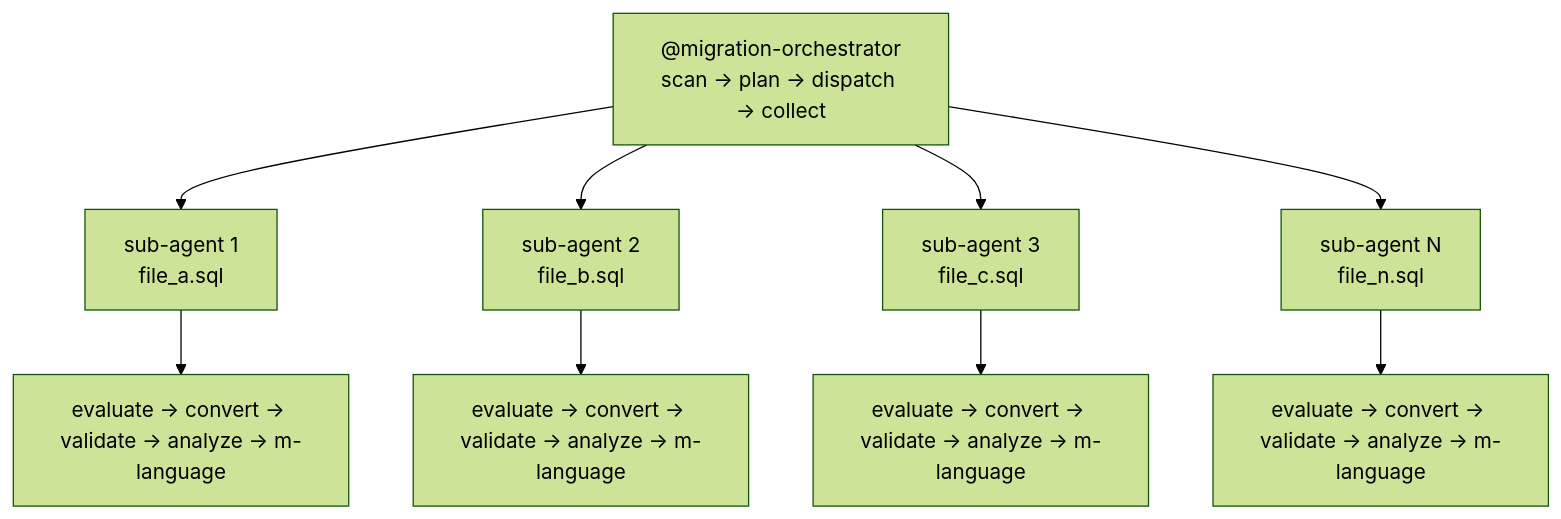
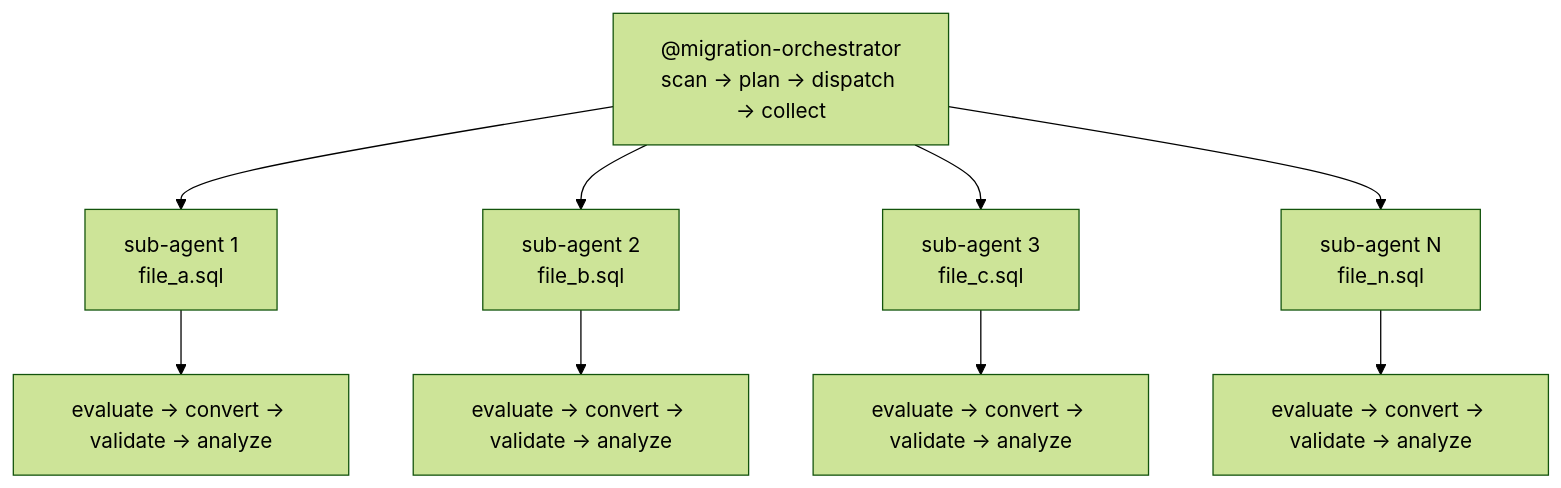
Before and after one commit to szenatti/oracle-to-tsql: the second of 3 diagrams in README.md, drawn with Mermaid (forest theme). The commit also changed other lines of this file and 9 other files, not shown here.

````diff
--- a/README.md
+++ b/README.md
@@ -125,13 +116,13 @@
 ```mermaid
 flowchart TB
     O["@migration-orchestrator\nscan → plan → dispatch → collect"]
     O --> S1["sub-agent 1\nfile_a.sql"]
     O --> S2["sub-agent 2\nfile_b.sql"]
     O --> S3["sub-agent 3\nfile_c.sql"]
     O --> SN["sub-agent N\nfile_n.sql"]
 
-    S1 --> P1["evaluate → convert → validate → analyze → m-language"]
-    S2 --> P2["evaluate → convert → validate → analyze → m-language"]
-    S3 --> P3["evaluate → convert → validate → analyze → m-language"]
-    SN --> PN["evaluate → convert → validate → analyze → m-language"]
+    S1 --> P1["evaluate → convert → validate → analyze"]
+    S2 --> P2["evaluate → convert → validate → analyze"]
+    S3 --> P3["evaluate → convert → validate → analyze"]
+    SN --> PN["evaluate → convert → validate → analyze"]
 ```
````
